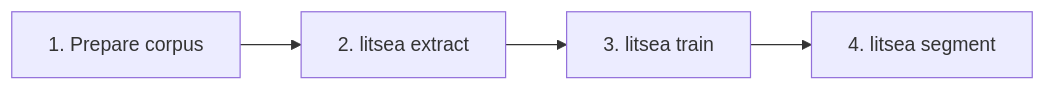
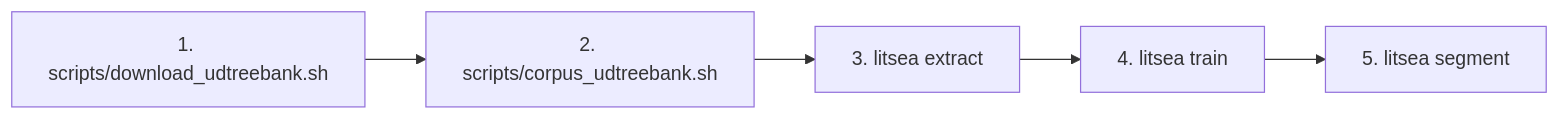
Before and after one commit to mosuka/litsea: the first of 2 diagrams in docs/ja/src/litsea-cli.md, drawn with Mermaid. The commit also changed other lines of this file and 35 other files, not shown here.

````diff
--- a/docs/ja/src/litsea-cli.md
+++ b/docs/ja/src/litsea-cli.md
@@ -32,6 +30,7 @@
 ```mermaid
 flowchart LR
-    A["1. Prepare corpus"] --> B["2. litsea extract"]
-    B --> C["3. litsea train"]
-    C --> D["4. litsea segment"]
+    A["1. scripts/download_udtreebank.sh"] --> B["2. scripts/corpus_udtreebank.sh"]
+    B --> C["3. litsea extract"]
+    C --> D["4. litsea train"]
+    D --> E["5. litsea segment"]
 ```
````
